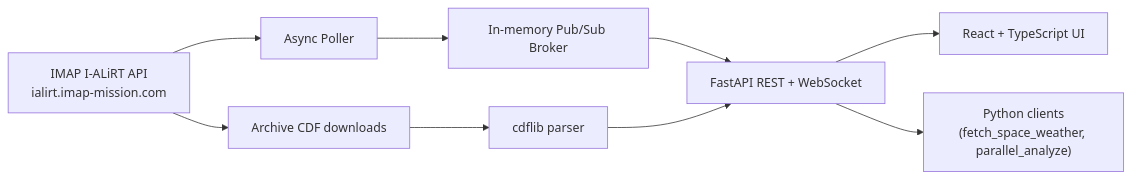
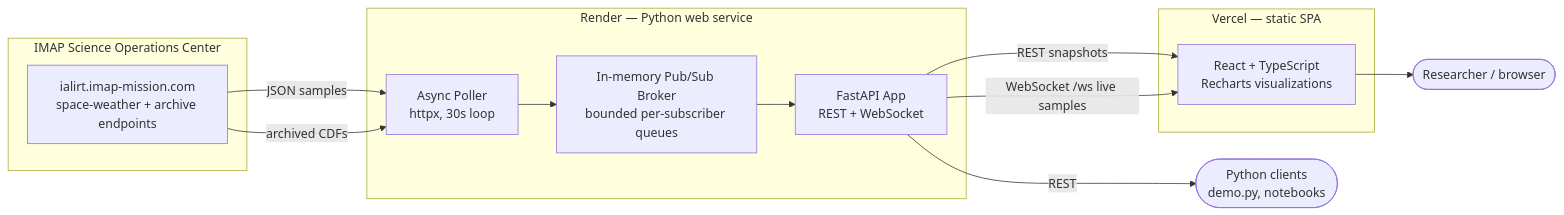
The diagram in README.md (Amrutha-J822/IMAP-I-ALiRT-Explorer), drawn with Mermaid before and after one commit. The commit also changed other lines of this file, not shown here.

First line of the commit message:
Clean up README: live URLs at top, accurate schemas, simplified diagram

````diff
--- a/README.md
+++ b/README.md
@@ -72,11 +35,27 @@
 ```mermaid
 flowchart LR
-    A["IMAP I-ALiRT API<br/>ialirt.imap-mission.com"] --> B["Async Poller"]
-    B --> C["In-memory Pub/Sub Broker"]
-    C --> D["FastAPI REST + WebSocket"]
-    D --> E["React + TypeScript UI"]
-    D --> F["Python clients<br/>(fetch_space_weather, parallel_analyze)"]
-    A --> G["Archive CDF downloads"]
-    G --> H["cdflib parser"]
-    H --> D
+    subgraph SDC["IMAP Science Operations Center"]
+        API["ialirt.imap-mission.com<br/>space-weather + archive endpoints"]
+    end
+
+    subgraph RND["Render — Python web service"]
+        Poller["Async Poller<br/>httpx, 30s loop"]
+        Broker["In-memory Pub/Sub Broker<br/>bounded per-subscriber queues"]
+        FastAPI["FastAPI App<br/>REST + WebSocket"]
+        Poller --> Broker --> FastAPI
+    end
+
+    subgraph VRC["Vercel — static SPA"]
+        UI["React + TypeScript<br/>Recharts visualizations"]
+    end
+
+    User(["Researcher / browser"])
+    PyClient(["Python clients<br/>demo.py, notebooks"])
+
+    API -- JSON samples --> Poller
+    API -- archived CDFs --> Poller
+    FastAPI -- REST snapshots --> UI
+    FastAPI -- WebSocket /ws live samples --> UI
+    UI --> User
+    FastAPI -- REST --> PyClient
 ```
````
